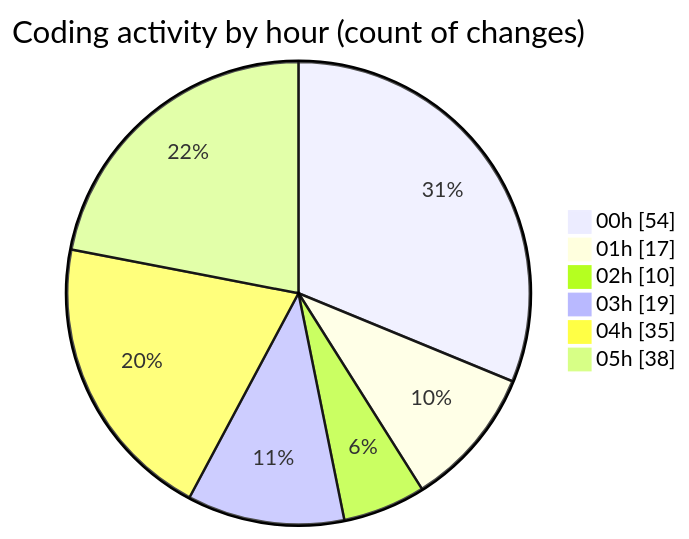
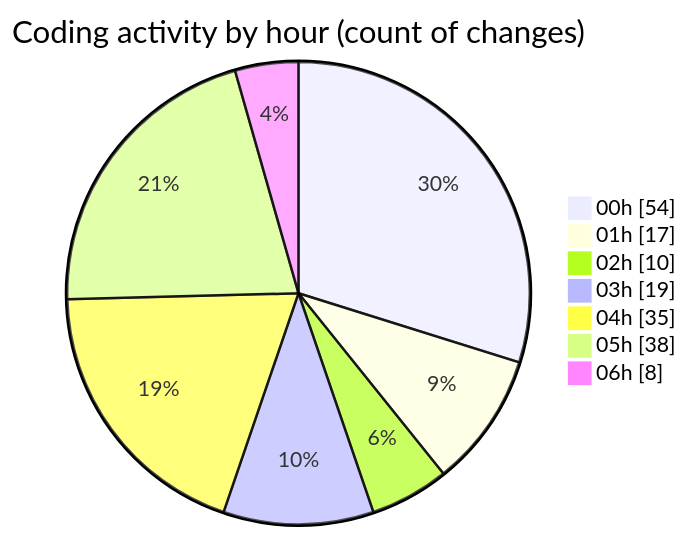
The second of 2 diagrams in 2025-07-26/quanlyrapchieuphim-1/README.md (lephambinh05/code-tracking), drawn with Mermaid before and after one commit. The commit also changed other lines of this file and 1 other file, not shown here.

````diff
--- a/2025-07-26/quanlyrapchieuphim-1/README.md
+++ b/2025-07-26/quanlyrapchieuphim-1/README.md
@@ -53,10 +53,11 @@
 ```mermaid
 pie showData
 title Coding activity by hour (count of changes)
 "00h" : 54
 "01h" : 17
 "02h" : 10
 "03h" : 19
 "04h" : 35
 "05h" : 38
+"06h" : 8
 ```
````
